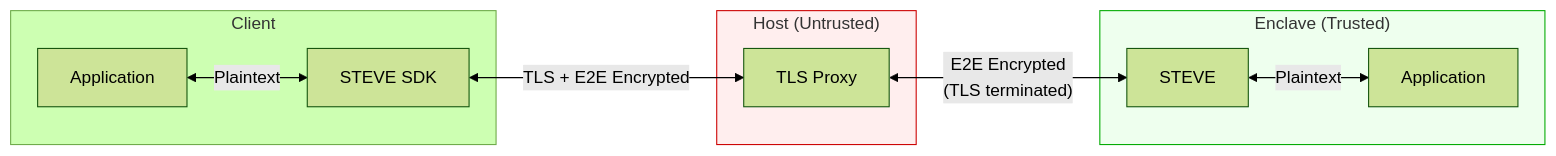
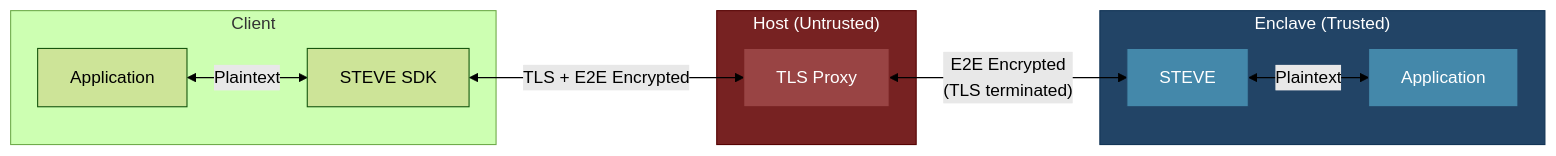
The diagram in README.md (CautionHosting/steve), drawn with Mermaid (forest theme) before and after one commit.

Commit message:
use more visible colors for mermaid diagram

````diff
--- a/README.md
+++ b/README.md
@@ -9,24 +9,27 @@
 ```mermaid
 flowchart LR
     subgraph Client
         APP_C[Application]
         SDK[STEVE SDK]
     end
 
     subgraph Host["Host (Untrusted)"]
         TLS[TLS Proxy]
     end
 
     subgraph Enclave["Enclave (Trusted)"]
         STEVE[STEVE]
         APP_E[Application]
     end
 
     APP_C <-->|Plaintext| SDK
     SDK <-->|"TLS + E2E Encrypted"| TLS
     TLS <-->|"E2E Encrypted<br/>(TLS terminated)"| STEVE
     STEVE <-->|Plaintext| APP_E
 
-    style Host fill:#fee,stroke:#c00
-    style Enclave fill:#efe,stroke:#0a0
+    style Host fill:#722,stroke:#500,color:#fff
+    style Enclave fill:#246,stroke:#135,color:#fff
+    style TLS fill:#944,stroke:#722,color:#fff
+    style STEVE fill:#48a,stroke:#246,color:#fff
+    style APP_E fill:#48a,stroke:#246,color:#fff
 ```
````
